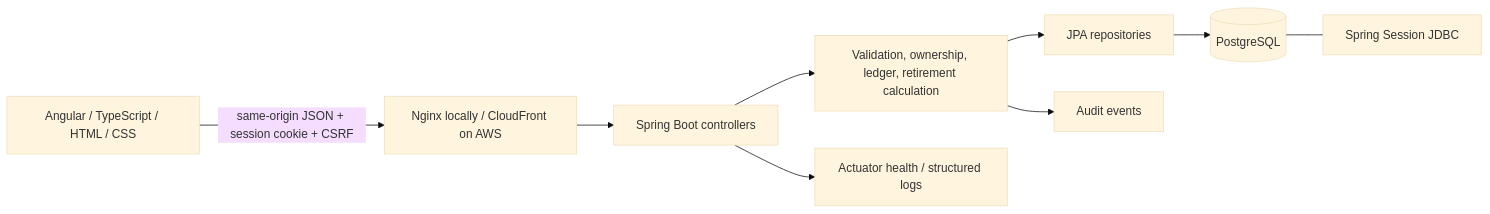
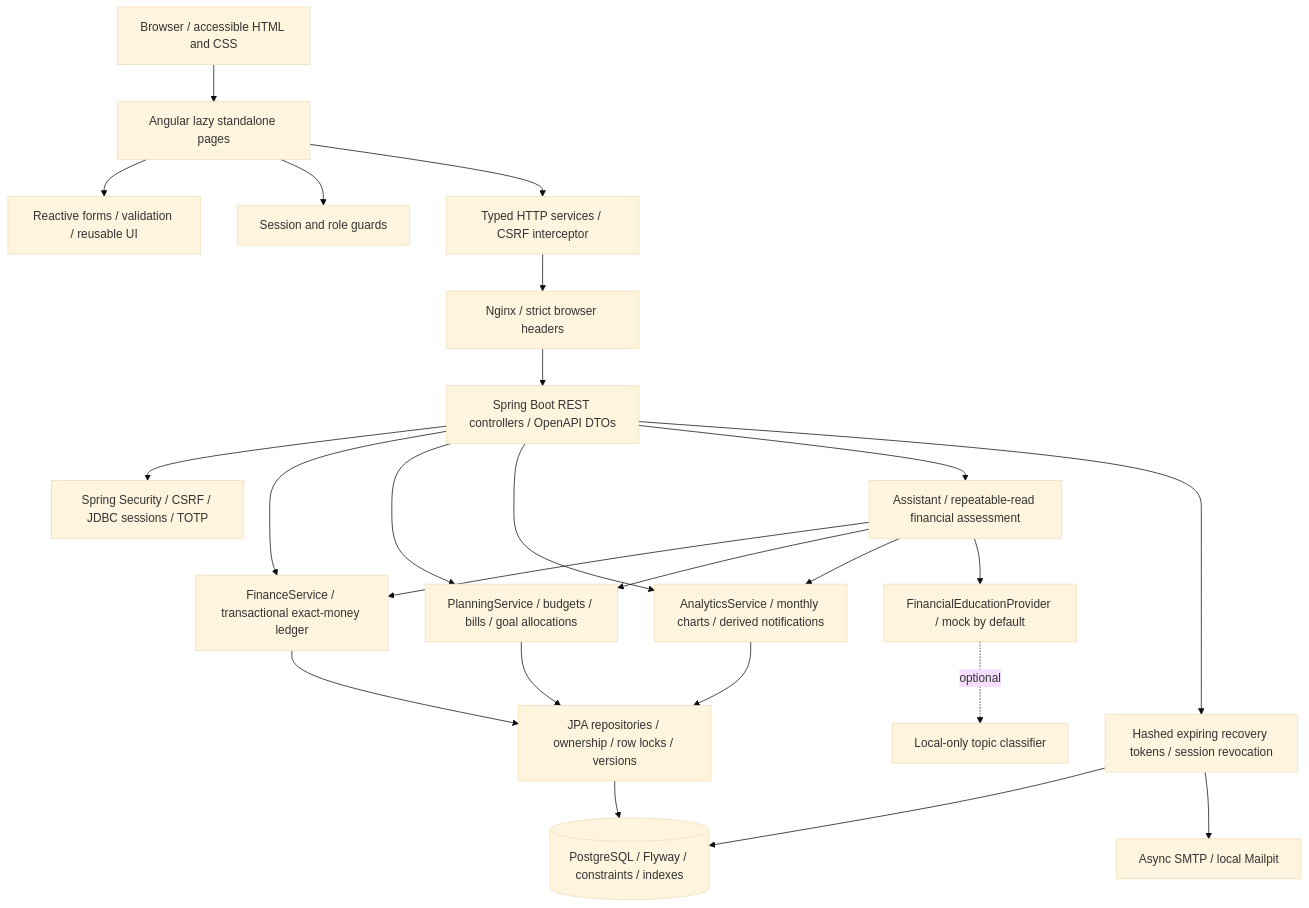
One commit to DiegoSanchez717/Monelytics changed the first of 2 diagrams in docs/ARCHITECTURE.md. Above: the diagram before and after it, drawn with Mermaid (base theme). The commit also changed other lines of this file and 13 other files, not shown here.

````diff
--- a/docs/ARCHITECTURE.md
+++ b/docs/ARCHITECTURE.md
@@ -5,11 +5,26 @@
 ```mermaid
-flowchart LR
-  Browser[Angular / TypeScript / HTML / CSS] -->|same-origin JSON + session cookie + CSRF| Edge[Nginx locally / CloudFront on AWS]
-  Edge --> API[Spring Boot controllers]
-  API --> Services[Validation, ownership, ledger, retirement calculation]
-  Services --> JPA[JPA repositories]
-  JPA --> DB[(PostgreSQL)]
-  DB --- Sessions[Spring Session JDBC]
-  Services --> Audit[Audit events]
-  API --> Health[Actuator health / structured logs]
+flowchart TB
+  Browser[Browser / accessible HTML and CSS] --> Angular[Angular lazy standalone pages]
+  Angular --> Forms[Reactive forms / validation / reusable UI]
+  Angular --> Guard[Session and role guards]
+  Angular --> Client[Typed HTTP services / CSRF interceptor]
+  Client --> Proxy[Nginx / strict browser headers]
+  Proxy --> Controllers[Spring Boot REST controllers / OpenAPI DTOs]
+  Controllers --> Security[Spring Security / CSRF / JDBC sessions / TOTP]
+  Controllers --> Finance[FinanceService / transactional exact-money ledger]
+  Controllers --> Planning[PlanningService / budgets / bills / goal allocations]
+  Controllers --> Analytics[AnalyticsService / monthly charts / derived notifications]
+  Controllers --> Assistant[Assistant / repeatable-read financial assessment]
+  Assistant --> Finance
+  Assistant --> Planning
+  Assistant --> Analytics
+  Assistant --> Provider[FinancialEducationProvider / mock by default]
+  Provider -. optional .-> Ollama[Local-only topic classifier]
+  Finance --> JPA[JPA repositories / ownership / row locks / versions]
+  Planning --> JPA
+  Analytics --> JPA
+  JPA --> PG[(PostgreSQL / Flyway / constraints / indexes)]
+  Controllers --> Recovery[Hashed expiring recovery tokens / session revocation]
+  Recovery --> PG
+  Recovery --> Mail[Async SMTP / local Mailpit]
 ```
````
